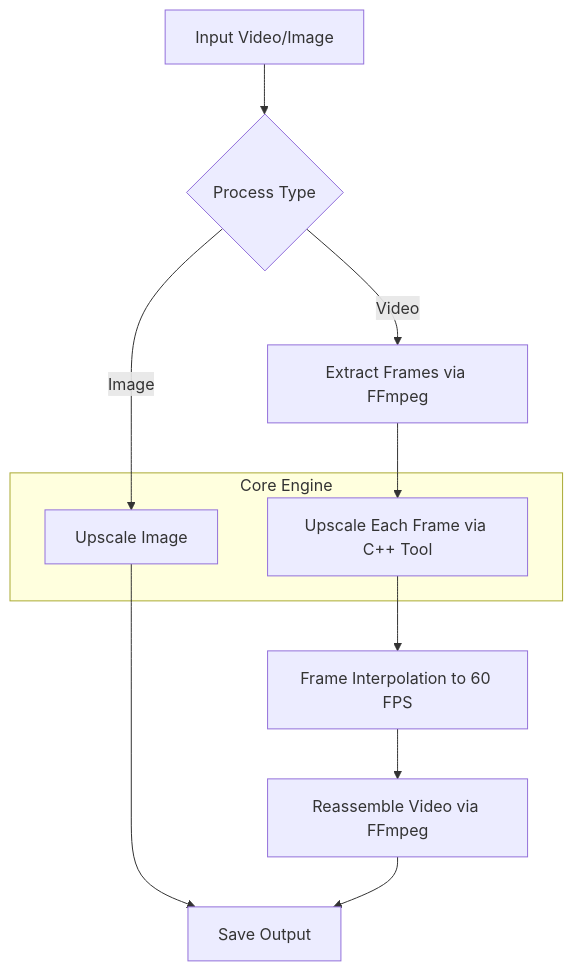
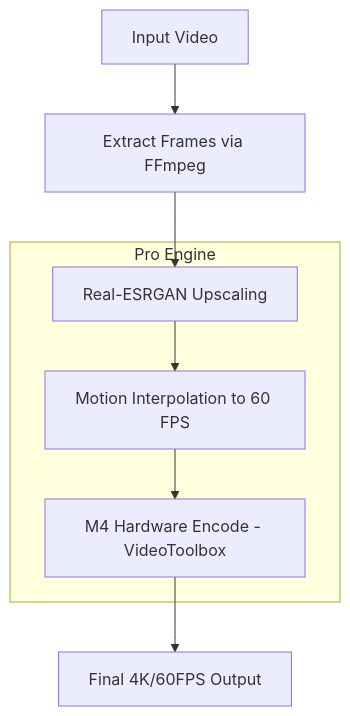
Before and after one commit to Mahir101/video_upscaler: the diagram in README.md, drawn with Mermaid. The commit also changed other lines of this file and 3 other files, not shown here.

````diff
--- a/README.md
+++ b/README.md
@@ -9,16 +15,14 @@
 ```mermaid
 graph TD
-    A[Input Video/Image] --> B{Process Type}
-    B -- Video --> C[Extract Frames via FFmpeg]
-    B -- Image --> D[Upscale Image]
-    C --> E[Upscale Each Frame via C++ Tool]
-    E --> F[Frame Interpolation to 60 FPS]
-    F --> G[Reassemble Video via FFmpeg]
-    D --> H[Save Output]
-    G --> H
+    A[Input Video] --> B[Extract Frames via FFmpeg]
+    B --> C[Real-ESRGAN Upscaling]
+    C --> D[Motion Interpolation to 60 FPS]
+    D --> E[M4 Hardware Encode - VideoToolbox]
+    E --> F[Final 4K/60FPS Output]
     
-    subgraph "Core Engine"
+    subgraph "Pro Engine"
+    C
+    D
     E
-    D
     end
 ```
````
